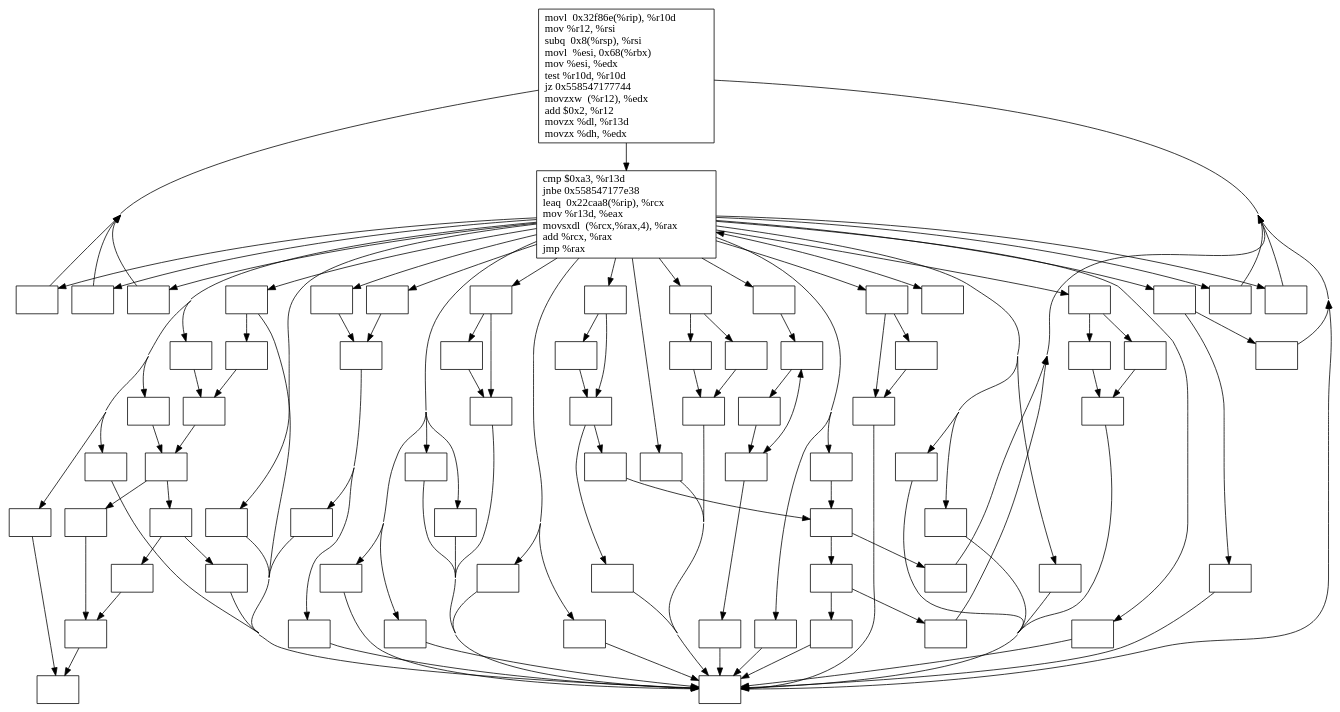
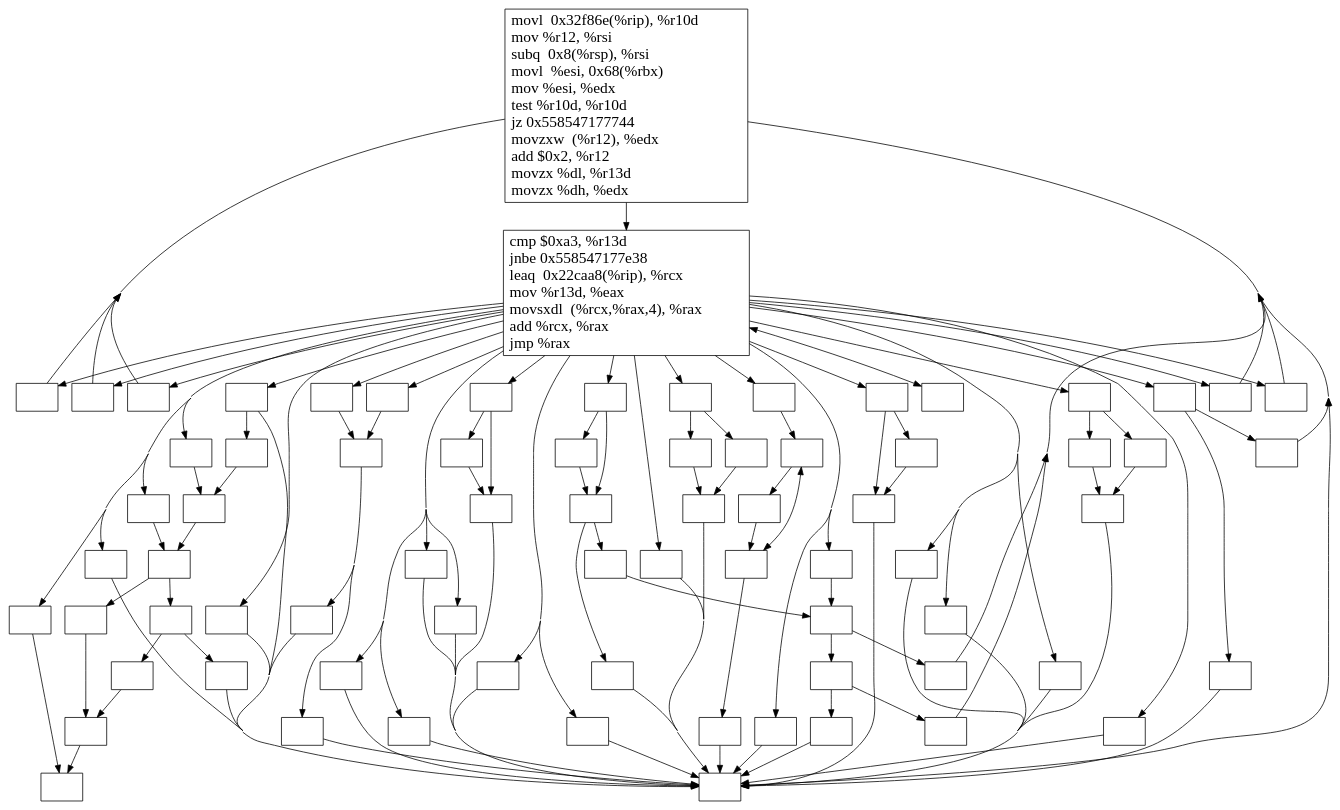
One commit to MathisBD/ReversePy changed the diagram in article/img/ConcreteVMOriginal.dot. Above: the diagram before and after it, drawn with Graphviz. The commit also changed 13 other files, not shown here.

```diff
--- a/article/img/ConcreteVMOriginal.dot
+++ b/article/img/ConcreteVMOriginal.dot
@@ -1,199 +1,199 @@
 digraph {
 	concentrate=true
-	node[ shape=box ]
+	node[ shape=box, fontsize=20 ]
 	140253279775408[ label="movl  0x32f86e(%rip), %r10d\lmov %r12, %rsi\lsubq  0x8(%rsp), %rsi\lmovl  %esi, 0x68(%rbx)\lmov %esi, %edx\ltest %r10d, %r10d\ljz 0x558547177744\lmovzxw  (%r12), %edx\ladd $0x2, %r12\lmovzx %dl, %r13d\lmovzx %dh, %edx\l" ]
 	140253279775408 -> 140253279775328
 	140253279775328[ label="cmp $0xa3, %r13d\ljnbe 0x558547177e38\lleaq  0x22caa8(%rip), %rcx\lmov %r13d, %eax\lmovsxdl  (%rcx,%rax,4), %rax\ladd %rcx, %rax\ljmp %rax\l" ]
 	140253279775328 -> 140253279774448
 	140253279775328 -> 140253279774208
 	140253279775328 -> 140253279774128
 	140253279775328 -> 140253279773728
 	140253279775328 -> 140253279773648
 	140253279775328 -> 140253279773488
 	140253279775328 -> 140253279773328
 	140253279775328 -> 140253279773248
 	140253279775328 -> 140253279772928
 	140253279775328 -> 140253279772768
 	140253279775328 -> 140253279772688
 	140253279775328 -> 140253279780624
 	140253279775328 -> 140253279780144
 	140253279775328 -> 140253279780064
 	140253279775328 -> 140253279779824
 	140253279775328 -> 140253279779744
 	140253279775328 -> 140253279779664
 	140253279775328 -> 140253279779584
 	140253279775328 -> 140253279779504
 	140253279775328 -> 140253279779184
 	140253279775328 -> 140253279779104
 	140253279775328 -> 140253279779024
 	140253279775328 -> 140253279778864
 	140253279775328 -> 140253279778784
 	140253279775328 -> 140253279778704
 	140253279775328 -> 140253279778624
 	140253279775328 -> 140253279778544
 	140253279775328 -> 140253279778464
 	140253279775328 -> 140253279778384
 	140253279775328 -> 140253279778224
 	140253279775328 -> 140253279778144
 	140253279775328 -> 140253279778064
 	140253279775328 -> 140253279777984
 	140253279775328 -> 140253279777904
 	140253279774448[ label="" ]
 	140253279774448 -> 140253279774368
 	140253279774448 -> 140253279777024
 	140253279774368[ label="" ]
 	140253279774368 -> 140253279774288
 	140253279774288[ label="" ]
 	140253279774288 -> 140253279775568
 	140253279775568[ label="" ]
 	140253279775568 -> 140253279775408
 	140253279777024[ label="" ]
 	140253279777024 -> 140253279774288
 	140253279774208[ label="" ]
 	140253279774208 -> 140253279775408
 	140253279774128[ label="" ]
 	140253279774128 -> 140253279773888
 	140253279773888[ label="" ]
 	140253279773888 -> 140253279773968
 	140253279773888 -> 140253279773808
 	140253279773968[ label="" ]
 	140253279773968 -> 140253279773888
 	140253279773968 -> 140253279777504
 	140253279777504[ label="" ]
 	140253279777504 -> 140253279775568
 	140253279773808[ label="" ]
 	140253279773808 -> 140253279773968
 	140253279773728[ label="" ]
 	140253279773728 -> 140253279775568
 	140253279773648[ label="" ]
 	140253279773648 -> 140253279773568
 	140253279773648 -> 140253279777264
 	140253279773568[ label="" ]
 	140253279773568 -> 140253279775568
 	140253279777264[ label="" ]
 	140253279777264 -> 140253279773568
 	140253279773488[ label="" ]
 	140253279773488 -> 140253279775328
 	140253279773328[ label="" ]
 	140253279773328 -> 140253279775568
 	140253279773248[ label="" ]
 	140253279773248 -> 140253279775408
 	140253279772928[ label="" ]
 	140253279772928 -> 140253279775568
 	140253279772768[ label="" ]
 	140253279772768 -> 140253279775408
 	140253279772688[ label="" ]
 	140253279772688 -> 140253279780704
 	140253279772688 -> 140253279777424
 	140253279780704[ label="" ]
 	140253279780704 -> 140253279775568
 	140253279777424[ label="" ]
 	140253279777424 -> 140253279775408
 	140253279780624[ label="" ]
 	140253279780624 -> 140253279780544
 	140253279780544[ label="" ]
 	140253279780544 -> 140253279780384
 	140253279780544 -> 140253279776864
 	140253279780384[ label="" ]
 	140253279780384 -> 140253279780304
 	140253279780384 -> 140253279784880
 	140253279780304[ label="" ]
 	140253279780304 -> 140253279775408
 	140253279784880[ label="" ]
 	140253279784880 -> 140253279775568
 	140253279776864[ label="" ]
 	140253279776864 -> 140253279775408
 	140253279780144[ label="" ]
 	140253279780144 -> 140253279775568
 	140253279780064[ label="" ]
 	140253279780064 -> 140253279779984
 	140253279780064 -> 140253279777344
 	140253279779984[ label="" ]
 	140253279779984 -> 140253279779904
 	140253279779904[ label="" ]
 	140253279779904 -> 140253279775568
 	140253279777344[ label="" ]
 	140253279777344 -> 140253279779904
 	140253279779824[ label="" ]
 	140253279779824 -> 140253279775568
 	140253279779744[ label="" ]
 	140253279779744 -> 140253279775568
 	140253279779664[ label="" ]
 	140253279779664 -> 140253279777744
 	140253279779664 -> 140253279777184
 	140253279777744[ label="" ]
 	140253279777744 -> 140253279777664
 	140253279777744 -> 140253279776944
 	140253279777664[ label="" ]
 	140253279777664 -> 140253279775568
 	140253279776944[ label="" ]
 	140253279776944 -> 140253279780544
 	140253279777184[ label="" ]
 	140253279777184 -> 140253279777744
 	140253279779584[ label="" ]
 	140253279779584 -> 140253279775568
 	140253279779504[ label="" ]
 	140253279779504 -> 140253279779424
 	140253279779424[ label="" ]
 	140253279779424 -> 140253279773088
 	140253279779424 -> 140253279779344
 	140253279773088[ label="" ]
 	140253279773088 -> 140253279775568
 	140253279779344[ label="" ]
 	140253279779344 -> 140253279775568
 	140253279779184[ label="" ]
 	140253279779184 -> 140253279775568
 	140253279779104[ label="" ]
 	140253279779104 -> 140253279775088
 	140253279775088[ label="" ]
 	140253279775088 -> 140253279774928
 	140253279775088 -> 140253279777584
 	140253279774928[ label="" ]
 	140253279774928 -> 140253279774768
 	140253279774928 -> 140253279774528
 	140253279774768[ label="" ]
 	140253279774768 -> 140253279775568
 	140253279774528[ label="" ]
 	140253279774528 -> 140253279774688
 	140253279774688[ label="" ]
 	140253279774688 -> 140253279774608
 	140253279774608[ label="" ]
 	140253279777584[ label="" ]
 	140253279777584 -> 140253279774688
 	140253279779024[ label="" ]
 	140253279779024 -> 140253279774608
 	140253279778864[ label="" ]
 	140253279778864 -> 140253279775568
 	140253279778784[ label="" ]
 	140253279778784 -> 140253279775568
 	140253279778704[ label="" ]
 	140253279778704 -> 140253279775408
 	140253279778624[ label="" ]
 	140253279778624 -> 140253279775568
 	140253279778544[ label="" ]
 	140253279778544 -> 140253279777104
 	140253279778544 -> 140253279776784
 	140253279777104[ label="" ]
 	140253279777104 -> 140253279775568
 	140253279776784[ label="" ]
 	140253279776784 -> 140253279777104
 	140253279778464[ label="" ]
 	140253279778464 -> 140253279775168
 	140253279775168[ label="" ]
 	140253279775168 -> 140253279775088
 	140253279778384[ label="" ]
 	140253279778384 -> 140253279775568
 	140253279778224[ label="" ]
 	140253279778224 -> 140253279779424
 	140253279778144[ label="" ]
 	140253279778144 -> 140253279775568
 	140253279778064[ label="" ]
 	140253279778064 -> 140253279775408
 	140253279777984[ label="" ]
 	140253279777984 -> 140253279775568
 	140253279777904[ label="" ]
 	140253279777904 -> 140253279775568
 	140253279777904 -> 140253279777824
 	140253279777824[ label="" ]
 	140253279777824 -> 140253279775168
 }
```
